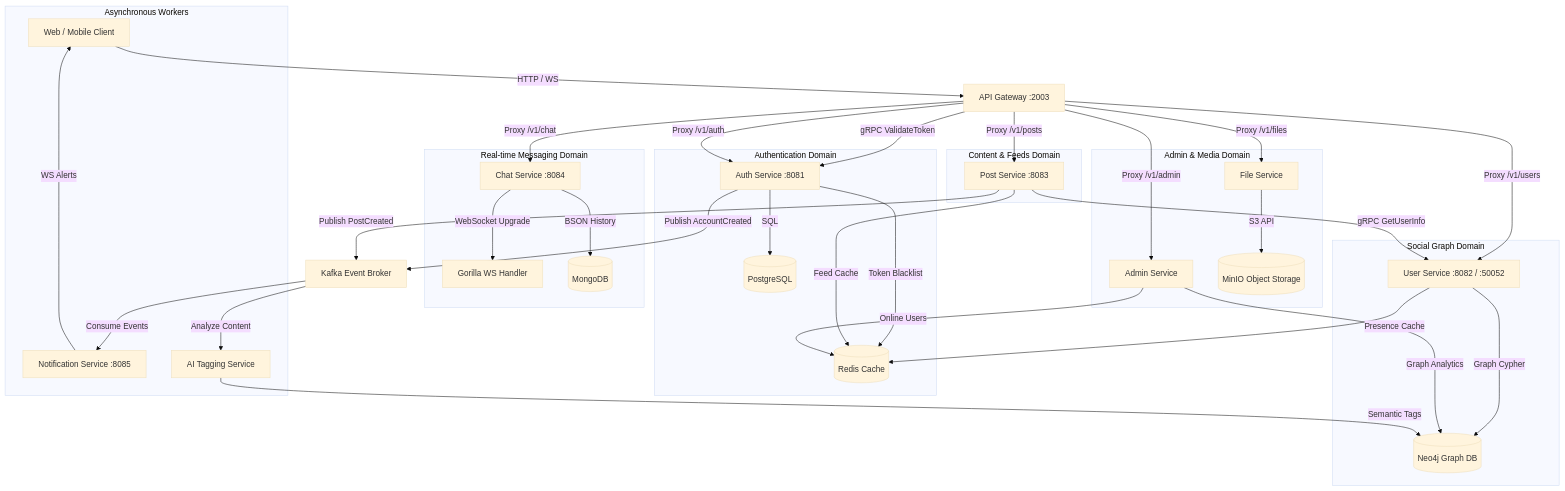
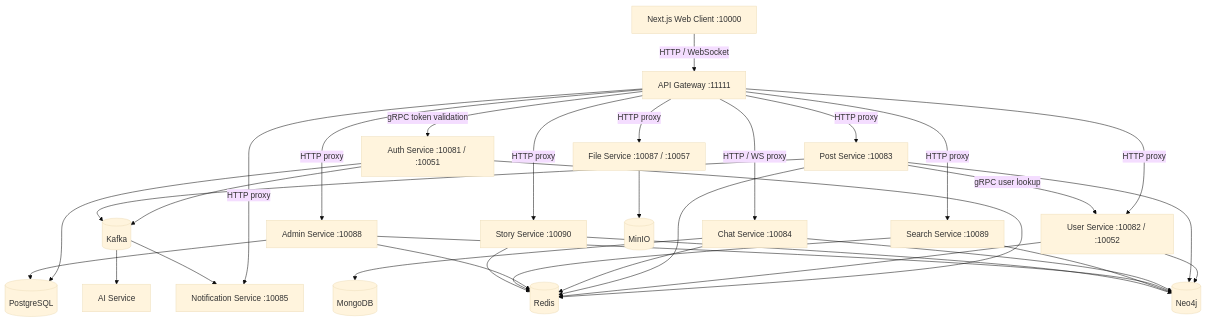
The diagram in README.md (thangtranitwork/social-network-micro-services-go), drawn with Mermaid (base theme) before and after one commit. The commit also changed other lines of this file and 90 other files, not shown here.

````diff
--- a/README.md
+++ b/README.md
@@ -11,51 +22,37 @@
 ```mermaid
 graph TD
-    Client[Web / Mobile Client] -->|HTTP / WS| Gateway[API Gateway :2003]
+    Client[Next.js Web Client :10000] -->|HTTP / WebSocket| Gateway[API Gateway :11111]
 
-    %% Gateway Routing
-    Gateway -->|gRPC ValidateToken| AuthService
-    Gateway -->|Proxy /v1/auth| AuthService
-    Gateway -->|Proxy /v1/users| UserService
-    Gateway -->|Proxy /v1/posts| PostService
-    Gateway -->|Proxy /v1/chat| ChatService
-    Gateway -->|Proxy /v1/files| FileService
-    Gateway -->|Proxy /v1/admin| AdminService
+    Gateway -->|gRPC token validation| Auth[Auth Service :10081 / :10051]
+    Gateway -->|HTTP proxy| User[User Service :10082 / :10052]
+    Gateway -->|HTTP proxy| Post[Post Service :10083]
+    Gateway -->|HTTP / WS proxy| Chat[Chat Service :10084]
+    Gateway -->|HTTP proxy| Notification[Notification Service :10085]
+    Gateway -->|HTTP proxy| File[File Service :10087 / :10057]
+    Gateway -->|HTTP proxy| Admin[Admin Service :10088]
+    Gateway -->|HTTP proxy| Search[Search Service :10089]
+    Gateway -->|HTTP proxy| Story[Story Service :10090]
 
-    %% Microservices & Datastores
-    subgraph "Authentication Domain"
-        AuthService[Auth Service :8081] -->|SQL| Postgres[(PostgreSQL)]
-        AuthService -->|Token Blacklist| Redis[(Redis Cache)]
-    end
-
-    subgraph "Social Graph Domain"
-        UserService[User Service :8082 / :50052] -->|Graph Cypher| Neo4j[(Neo4j Graph DB)]
-        UserService -->|Presence Cache| Redis
-    end
-
-    subgraph "Content & Feeds Domain"
-        PostService[Post Service :8083] -->|gRPC GetUserInfo| UserService
-        PostService -->|Feed Cache| Redis
-    end
-
-    subgraph "Real-time Messaging Domain"
-        ChatService[Chat Service :8084] -->|WebSocket Upgrade| ChatWS[Gorilla WS Handler]
-        ChatService -->|BSON History| Mongo[(MongoDB)]
-    end
-
-    subgraph "Admin & Media Domain"
-        FileService[File Service] -->|S3 API| MinIO[(MinIO Object Storage)]
-        AdminService[Admin Service] -->|Graph Analytics| Neo4j
-        AdminService -->|Online Users| Redis
-    end
-
-    subgraph "Asynchronous Workers"
-        NotificationService[Notification Service :8085] -->|WS Alerts| Client
-        AIService[AI Tagging Service] -->|Semantic Tags| Neo4j
-    end
-
-    %% Event-Driven Pipeline
-    AuthService -->|Publish AccountCreated| Kafka[Kafka Event Broker]
-    Kafka -->|Consume Events| NotificationService
-    PostService -->|Publish PostCreated| Kafka
-    Kafka -->|Analyze Content| AIService
+    Auth --> Postgres[(PostgreSQL)]
+    Auth --> Redis[(Redis)]
+    User --> Neo4j[(Neo4j)]
+    User --> Redis
+    Post --> Neo4j
+    Post --> Redis
+    Post -->|gRPC user lookup| User
+    Chat --> Mongo[(MongoDB)]
+    Chat --> Redis
+    Chat --> Neo4j
+    File --> MinIO[(MinIO)]
+    Admin --> Postgres
+    Admin --> Neo4j
+    Admin --> Redis
+    Search --> Neo4j
+    Search --> Redis
+    Story --> Neo4j
+    Story --> Redis
+    Auth --> Kafka[(Kafka)]
+    Post --> Kafka
+    Kafka --> Notification
+    Kafka --> AI[AI Service]
 ```
````
